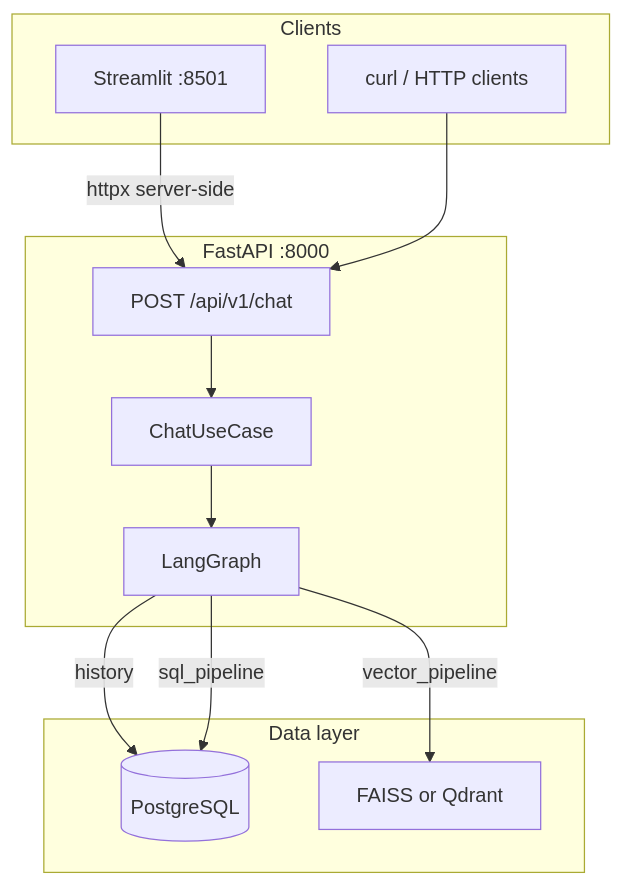
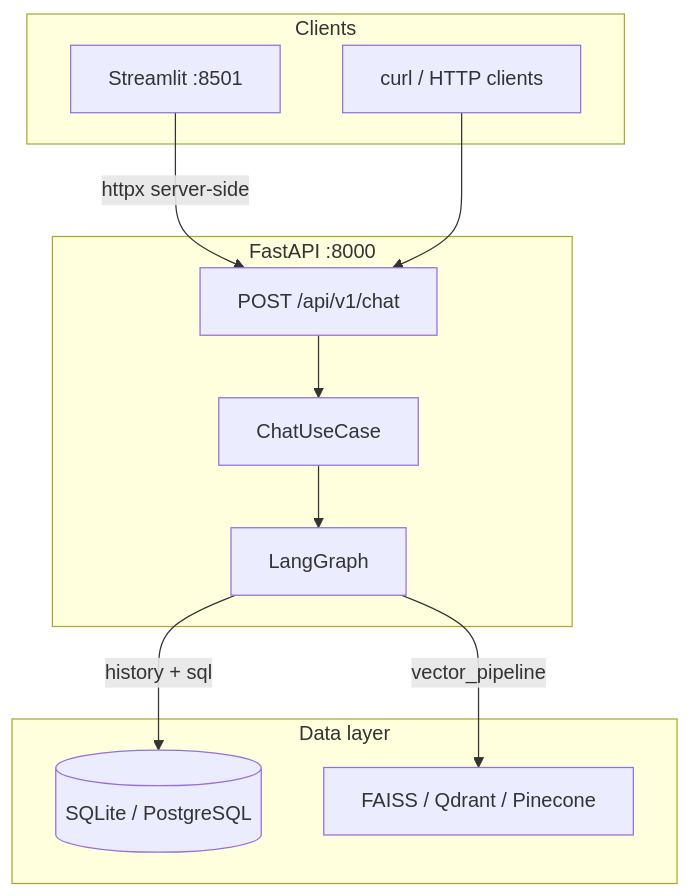
One commit to ialisultan/hybrid-intelligent-chatbot changed the second of 2 diagrams in README.md. Above: the diagram before and after it, drawn with Mermaid. The commit also changed other lines of this file and 85 other files, not shown here.

````diff
--- a/README.md
+++ b/README.md
@@ -94,22 +150,21 @@
 ```mermaid
 flowchart TB
     subgraph clients [Clients]
         UI[Streamlit :8501]
         API_Client[curl / HTTP clients]
     end
     subgraph backend [FastAPI :8000]
         ChatEP[POST /api/v1/chat]
         UseCase[ChatUseCase]
         Graph[LangGraph]
     end
     subgraph data [Data layer]
-        PG[(PostgreSQL)]
-        VS[FAISS or Qdrant]
+        DB[(SQLite / PostgreSQL)]
+        VS[FAISS / Qdrant / Pinecone]
     end
     UI -->|httpx server-side| ChatEP
     API_Client --> ChatEP
     ChatEP --> UseCase --> Graph
-    Graph -->|history| PG
-    Graph -->|sql_pipeline| PG
+    Graph -->|history + sql| DB
     Graph -->|vector_pipeline| VS
 ```
````
